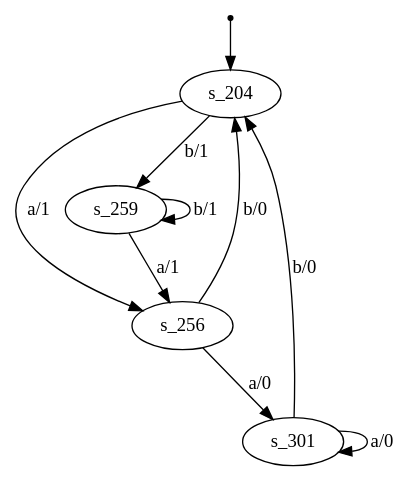
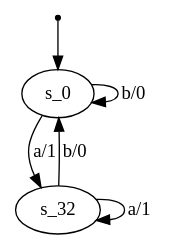
The diagram in FSMs_visuals/fsm0_0.95_extracted.dot (gaellinkeu/RNN-for-Mealy-Machines), drawn with Graphviz before and after one commit. The commit also changed 369 other files, not shown here.

```diff
--- a/FSMs_visuals/fsm0_0.95_extracted.dot
+++ b/FSMs_visuals/fsm0_0.95_extracted.dot
@@ -1,16 +1,10 @@
 digraph fsm {
-	s_204 [root=true]
-	s_256
-	s_301
-	s_259
+	s_0 [root=true]
+	s_32
 	qi [shape = point]
-	qi -> s_204
-	s_204 -> s_256 [label="a/1"]
-	s_256 -> s_301 [label="a/0"]
-	s_301 -> s_301 [label="a/0"]
-	s_301 -> s_204 [label="b/0"]
-	s_204 -> s_259 [label="b/1"]
-	s_259 -> s_259 [label="b/1"]
-	s_256 -> s_204 [label="b/0"]
-	s_259 -> s_256 [label="a/1"]
+	qi -> s_0
+	s_0 -> s_32 [label="a/1"]
+	s_32 -> s_0 [label="b/0"]
+	s_0 -> s_0 [label="b/0"]
+	s_32 -> s_32 [label="a/1"]
 }
```
